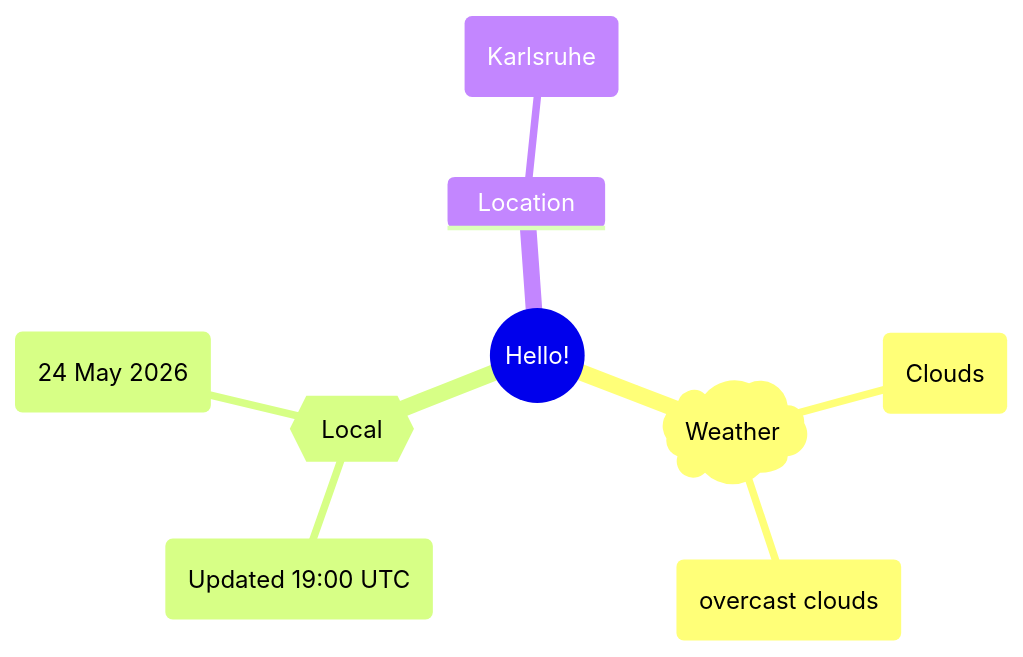
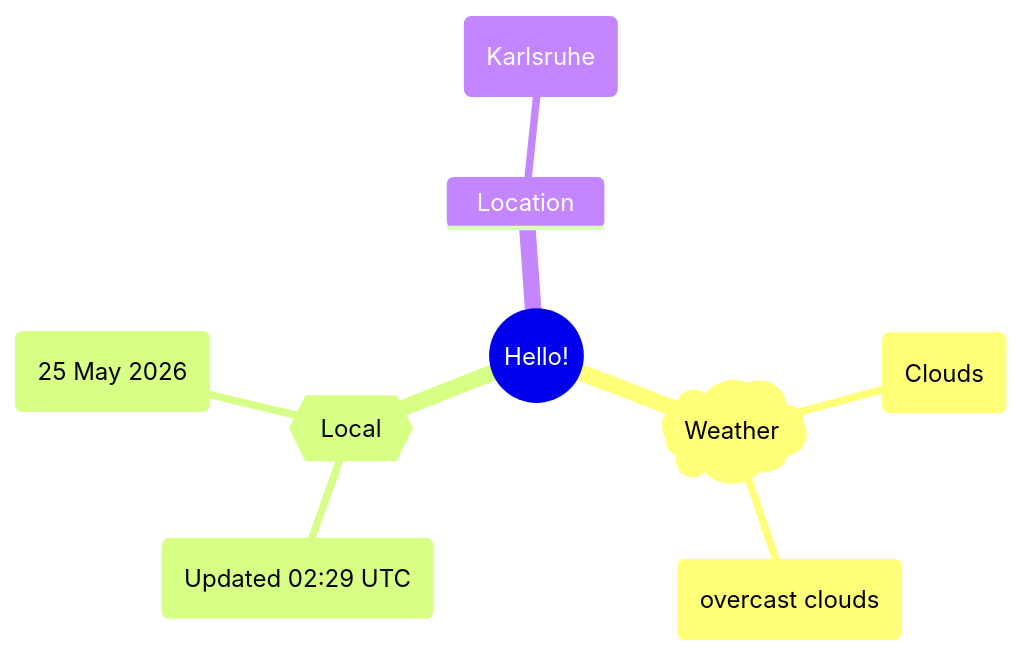
The first of 2 diagrams in README.md (Xosrov/Xosrov), drawn with Mermaid before and after one commit.

Commit message:
[bot] updated images

````diff
--- a/README.md
+++ b/README.md
@@ -3,12 +3,12 @@
 ```mermaid
 mindmap
   root((Hello!))
     )Weather(
         (Clouds)
         (overcast clouds)
     {{Local}}
-        (Updated 19:00 UTC)
-        (24 May 2026)
+        (Updated 02:29 UTC)
+        (25 May 2026)
     Location
         (Karlsruhe)
 ```
````
